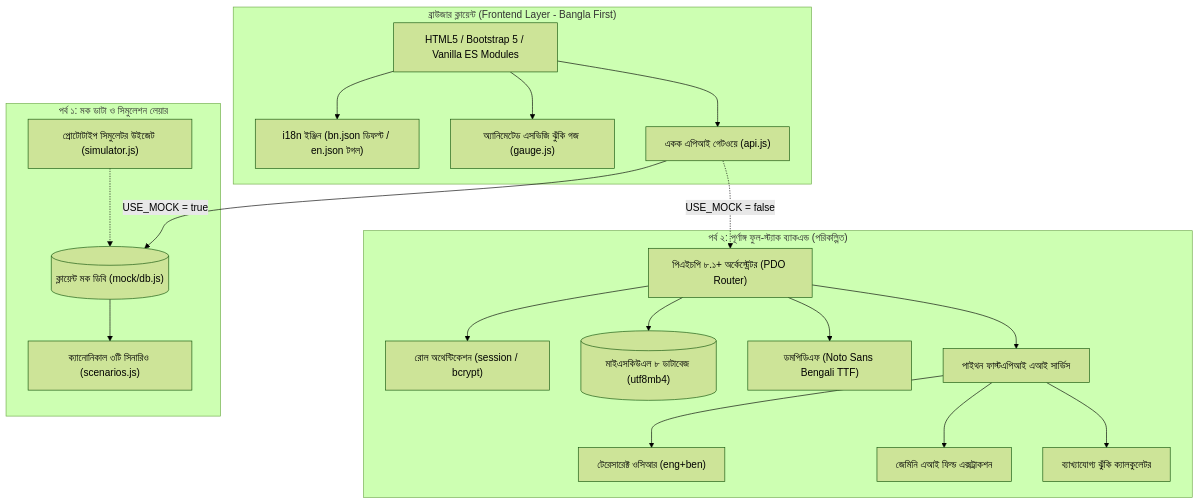
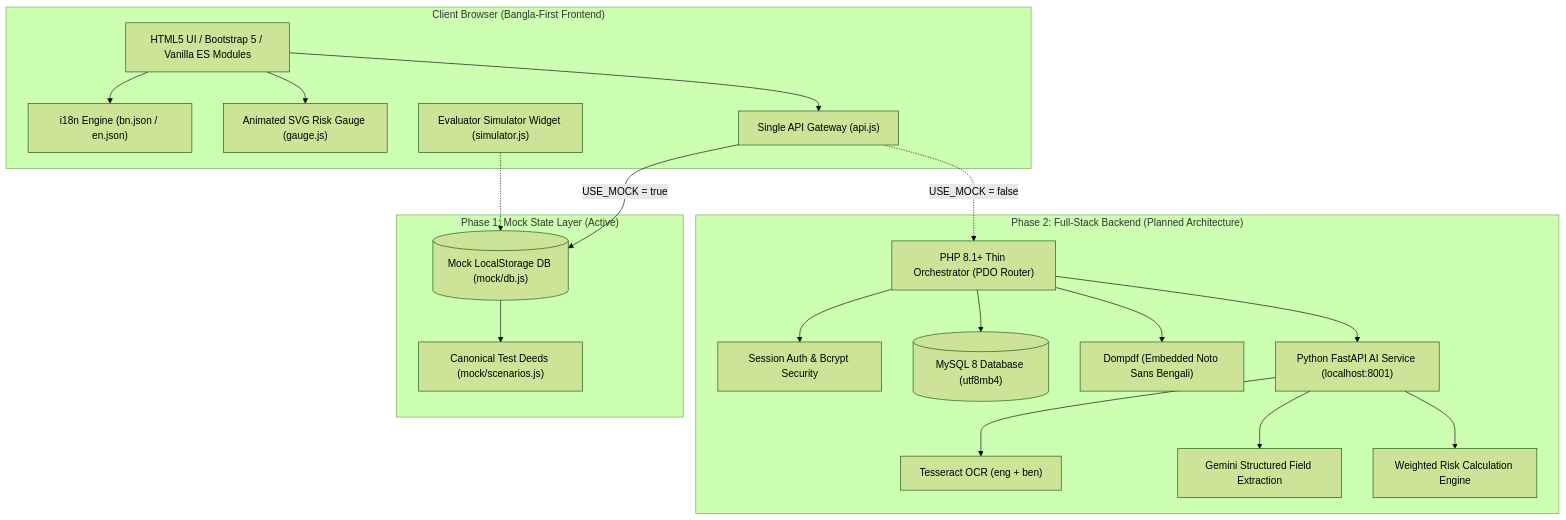
One commit to mohammademon10/LandGuard-AI-LandTech-Innovation-Hackathon changed the first of 2 diagrams in README.md. Above: the diagram before and after it, drawn with Mermaid (forest theme). The commit also changed other lines of this file and 7 other files, not shown here.

````diff
--- a/README.md
+++ b/README.md
@@ -171,41 +211,41 @@
 ```mermaid
 flowchart TD
-    subgraph Client ["ব্রাউজার ক্লায়েন্ট (Frontend Layer - Bangla First)"]
-        UI["HTML5 / Bootstrap 5 / Vanilla ES Modules"]
-        I18N["i18n ইঞ্জিন (bn.json ডিফল্ট / en.json টগল)"]
-        GAUGE["অ্যানিমেটেড এসভিজি ঝুঁকি গজ (gauge.js)"]
-        GATEWAY["একক এপিআই গেটওয়ে (api.js)"]
+    subgraph Client ["Client Browser (Bangla-First Frontend)"]
+        UI["HTML5 UI / Bootstrap 5 / Vanilla ES Modules"]
+        I18N["i18n Engine (bn.json / en.json)"]
+        GAUGE["Animated SVG Risk Gauge (gauge.js)"]
+        SIM["Evaluator Simulator Widget (simulator.js)"]
+        API["Single API Gateway (api.js)"]
     end
 
-    subgraph MockLayer ["পর্ব ১: মক ডাটা ও সিমুলেশন লেয়ার"]
-        MOCK_DB[("ক্লায়েন্ট মক ডিবি (mock/db.js)")]
-        SCENARIOS["ক্যানোনিকাল ৩টি সিনারিও (scenarios.js)"]
-        SIM_UI["প্রোটোটাইপ সিমুলেটর উইজেট (simulator.js)"]
+    subgraph Phase1 ["Phase 1: Mock State Layer (Active)"]
+        MOCK_DB[("Mock LocalStorage DB (mock/db.js)")]
+        SCENARIOS["Canonical Test Deeds (mock/scenarios.js)"]
     end
 
-    subgraph BackendPlan ["পর্ব ২: পূর্ণাঙ্গ ফুল-স্ট্যাক ব্যাকএন্ড (পরিকল্পিত)"]
-        PHP["পিএইচপি ৮.১+ অর্কেস্ট্রেটর (PDO Router)"]
-        AUTH["রোল অথেন্টিকেশন (session / bcrypt)"]
-        MYSQL[("মাইএসকিউএল ৮ ডাটাবেজ (utf8mb4)")]
-        DOMPDF["ডমপিডিএফ (Noto Sans Bengali TTF)"]
-        FASTAPI["পাইথন ফাস্টএপিআই এআই সার্ভিস"]
-        TESSERACT["টেরেসারেক্ট ওসিআর (eng+ben)"]
-        GEMINI["জেমিনি এআই ফিল্ড এক্সট্রাকশন"]
-        RISK_ENG["ব্যাখ্যাযোগ্য ঝুঁকি ক্যালকুলেটর"]
+    subgraph Phase2 ["Phase 2: Full-Stack Backend (Planned Architecture)"]
+        PHP["PHP 8.1+ Thin Orchestrator (PDO Router)"]
+        AUTH["Session Auth & Bcrypt Security"]
+        MYSQL[("MySQL 8 Database (utf8mb4)")]
+        DOMPDF["Dompdf (Embedded Noto Sans Bengali)"]
+        FASTAPI["Python FastAPI AI Service (localhost:8001)"]
+        TESSERACT["Tesseract OCR (eng + ben)"]
+        GEMINI["Gemini Structured Field Extraction"]
+        SCORER["Weighted Risk Calculation Engine"]
     end
 
     UI --> I18N
     UI --> GAUGE
-    UI --> GATEWAY
-    SIM_UI -.-> MOCK_DB
-    GATEWAY -->|USE_MOCK = true| MOCK_DB
+    SIM -.-> MOCK_DB
+    UI --> API
+    API -->|USE_MOCK = true| MOCK_DB
     MOCK_DB --> SCENARIOS
-    GATEWAY -.->|USE_MOCK = false| PHP
+    API -.->|USE_MOCK = false| PHP
     PHP --> AUTH
     PHP --> MYSQL
     PHP --> DOMPDF
     PHP --> FASTAPI
     FASTAPI --> TESSERACT
     FASTAPI --> GEMINI
-    FASTAPI --> RISK_ENG
+    FASTAPI --> SCORER
 ```
````
